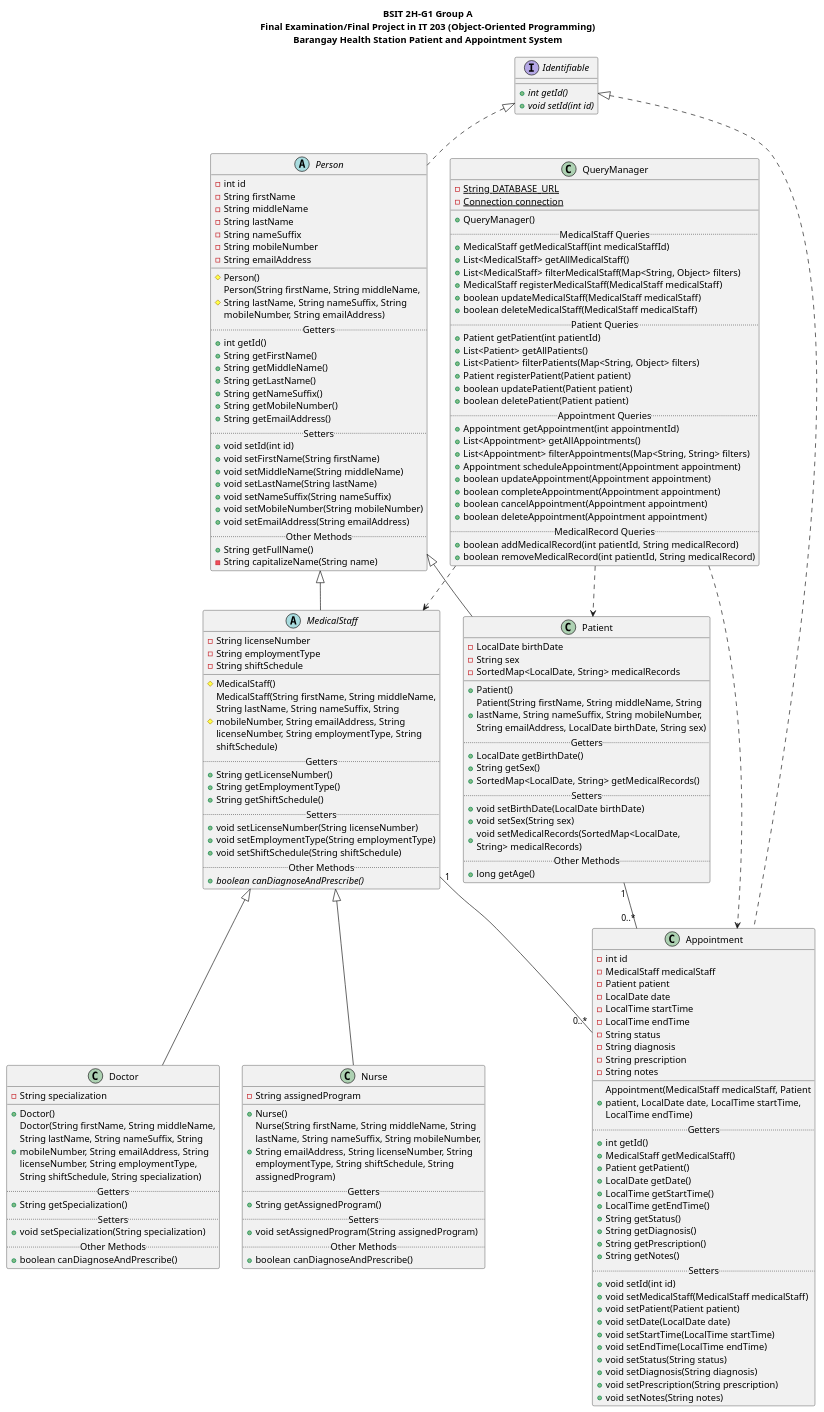
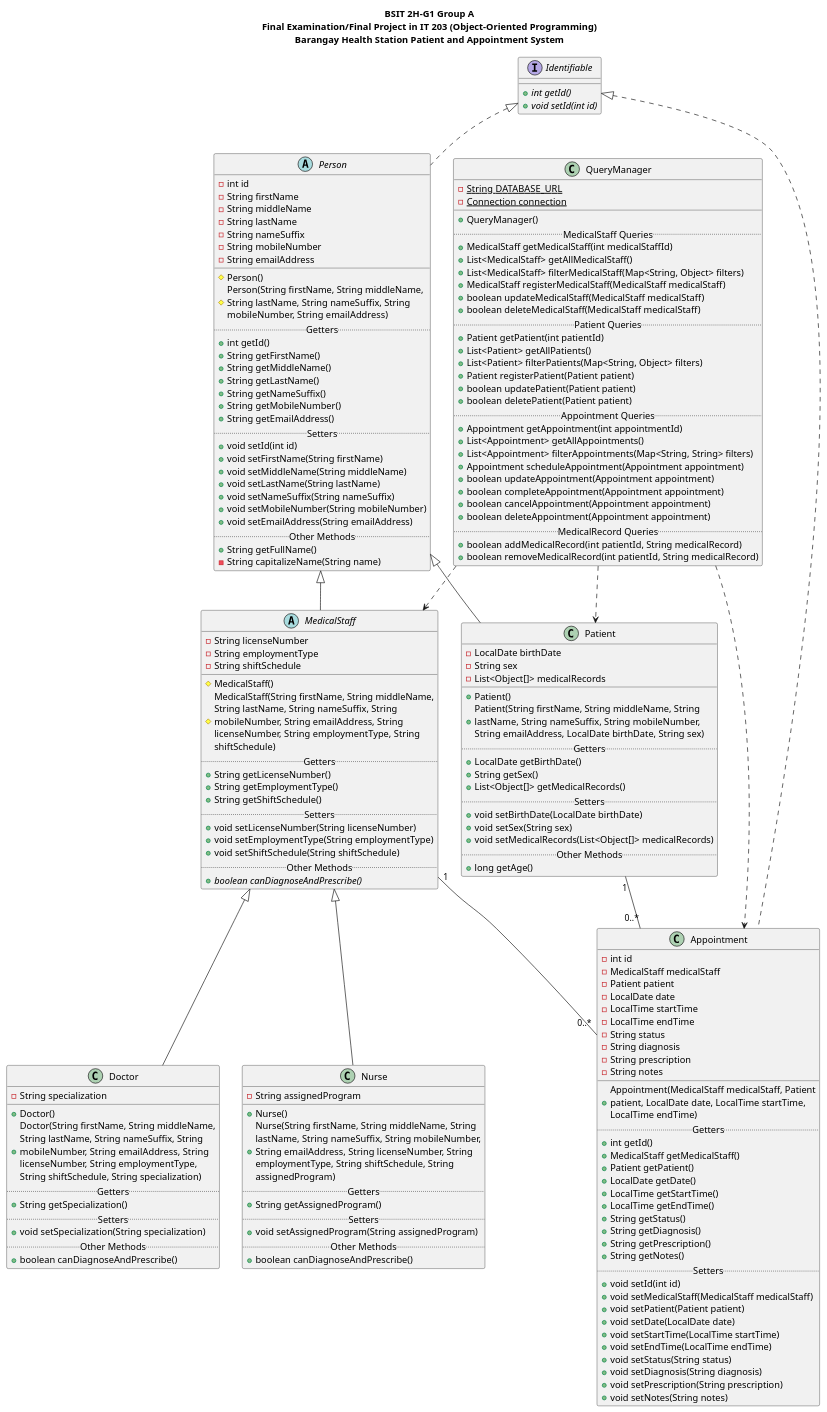
Before and after one commit to jkarw7n/barahspas: the diagram in misc/uml/barahspas.puml, drawn with PlantUML. The commit also changed 5 other files, not shown here.

```diff
--- a/misc/uml/barahspas.puml
+++ b/misc/uml/barahspas.puml
@@ -1,182 +1,182 @@
 @startuml BaraHSPAS
 
 title BSIT 2H-G1 Group A\nFinal Examination/Final Project in IT 203 (Object-Oriented Programming)\nBarangay Health Station Patient and Appointment System
 
 interface Identifiable {
     + {abstract} int getId()
     + {abstract} void setId(int id)
 }
 
 abstract class Person implements Identifiable {
     - int id
     - String firstName
     - String middleName
     - String lastName
     - String nameSuffix
     - String mobileNumber
     - String emailAddress
     __
     # Person()
     # Person(String firstName, String middleName,\nString lastName, String nameSuffix, String\nmobileNumber, String emailAddress)
     .. Getters ..
     + int getId()
     + String getFirstName()
     + String getMiddleName()
     + String getLastName()
     + String getNameSuffix()
     + String getMobileNumber()
     + String getEmailAddress()
     .. Setters ..
     + void setId(int id)
     + void setFirstName(String firstName)
     + void setMiddleName(String middleName)
     + void setLastName(String lastName)
     + void setNameSuffix(String nameSuffix)
     + void setMobileNumber(String mobileNumber)
     + void setEmailAddress(String emailAddress)
     .. Other Methods ..
     + String getFullName()
     - String capitalizeName(String name)
 }
 
 abstract class MedicalStaff extends Person {
     - String licenseNumber
     - String employmentType
     - String shiftSchedule
     __
     # MedicalStaff()
     # MedicalStaff(String firstName, String middleName,\nString lastName, String nameSuffix, String\nmobileNumber, String emailAddress, String\nlicenseNumber, String employmentType, String\nshiftSchedule)
     .. Getters ..
     + String getLicenseNumber()
     + String getEmploymentType()
     + String getShiftSchedule()
     .. Setters ..
     + void setLicenseNumber(String licenseNumber)
     + void setEmploymentType(String employmentType)
     + void setShiftSchedule(String shiftSchedule)
     .. Other Methods ..
     + {abstract} boolean canDiagnoseAndPrescribe()
 }
 
 class Doctor extends MedicalStaff {
     - String specialization
     __
     + Doctor()
     + Doctor(String firstName, String middleName,\nString lastName, String nameSuffix, String\nmobileNumber, String emailAddress, String\nlicenseNumber, String employmentType,\nString shiftSchedule, String specialization)
     .. Getters ..
     + String getSpecialization()
     .. Setters ..
     + void setSpecialization(String specialization)
     .. Other Methods ..
     + boolean canDiagnoseAndPrescribe()
 }
 
 class Nurse extends MedicalStaff {
     - String assignedProgram
     __
     + Nurse()
     + Nurse(String firstName, String middleName, String\nlastName, String nameSuffix, String mobileNumber,\nString emailAddress, String licenseNumber, String\nemploymentType, String shiftSchedule, String\nassignedProgram)
     .. Getters ..
     + String getAssignedProgram()
     .. Setters ..
     + void setAssignedProgram(String assignedProgram)
     .. Other Methods ..
     + boolean canDiagnoseAndPrescribe()
 }
 
 class Patient extends Person {
     - LocalDate birthDate
     - String sex
-    - SortedMap<LocalDate, String> medicalRecords
+    - List<Object[]> medicalRecords
     __
     + Patient()
     + Patient(String firstName, String middleName, String\nlastName, String nameSuffix, String mobileNumber,\nString emailAddress, LocalDate birthDate, String sex)
     .. Getters ..
     + LocalDate getBirthDate()
     + String getSex()
-    + SortedMap<LocalDate, String> getMedicalRecords()
+    + List<Object[]> getMedicalRecords()
     .. Setters ..
     + void setBirthDate(LocalDate birthDate)
     + void setSex(String sex)
-    + void setMedicalRecords(SortedMap<LocalDate,\nString> medicalRecords)
+    + void setMedicalRecords(List<Object[]> medicalRecords)
     .. Other Methods ..
     + long getAge()
 }
 
 class Appointment implements Identifiable {
     - int id
     - MedicalStaff medicalStaff
     - Patient patient
     - LocalDate date
     - LocalTime startTime
     - LocalTime endTime
     - String status
     - String diagnosis
     - String prescription
     - String notes
     __
     + Appointment(MedicalStaff medicalStaff, Patient\npatient, LocalDate date, LocalTime startTime,\nLocalTime endTime)
     .. Getters ..
     + int getId()
     + MedicalStaff getMedicalStaff()
     + Patient getPatient()
     + LocalDate getDate()
     + LocalTime getStartTime()
     + LocalTime getEndTime()
     + String getStatus()
     + String getDiagnosis()
     + String getPrescription()
     + String getNotes()
     .. Setters ..
     + void setId(int id)
     + void setMedicalStaff(MedicalStaff medicalStaff)
     + void setPatient(Patient patient)
     + void setDate(LocalDate date)
     + void setStartTime(LocalTime startTime)
     + void setEndTime(LocalTime endTime)
     + void setStatus(String status)
     + void setDiagnosis(String diagnosis)
     + void setPrescription(String prescription)
     + void setNotes(String notes)
 }
 
 class QueryManager {
     - {static} String DATABASE_URL
     - {static} Connection connection
     __
     + QueryManager()
     .. MedicalStaff Queries ..
     + MedicalStaff getMedicalStaff(int medicalStaffId)
     + List<MedicalStaff> getAllMedicalStaff()
     + List<MedicalStaff> filterMedicalStaff(Map<String, Object> filters)
     + MedicalStaff registerMedicalStaff(MedicalStaff medicalStaff)
     + boolean updateMedicalStaff(MedicalStaff medicalStaff)
     + boolean deleteMedicalStaff(MedicalStaff medicalStaff)
     .. Patient Queries ..
     + Patient getPatient(int patientId)
     + List<Patient> getAllPatients()
     + List<Patient> filterPatients(Map<String, Object> filters)
     + Patient registerPatient(Patient patient)
     + boolean updatePatient(Patient patient)
     + boolean deletePatient(Patient patient)
     .. Appointment Queries ..
     + Appointment getAppointment(int appointmentId)
     + List<Appointment> getAllAppointments()
     + List<Appointment> filterAppointments(Map<String, String> filters)
     + Appointment scheduleAppointment(Appointment appointment)
     + boolean updateAppointment(Appointment appointment)
     + boolean completeAppointment(Appointment appointment)
     + boolean cancelAppointment(Appointment appointment)
     + boolean deleteAppointment(Appointment appointment)
     .. MedicalRecord Queries ..
     + boolean addMedicalRecord(int patientId, String medicalRecord)
     + boolean removeMedicalRecord(int patientId, String medicalRecord)
 }
 
 MedicalStaff "1" -- "0..*" Appointment
 Patient "1" -- "0..*" Appointment
 QueryManager ..> MedicalStaff
 QueryManager ..> Patient
 QueryManager ..> Appointment
 
 @enduml
```
